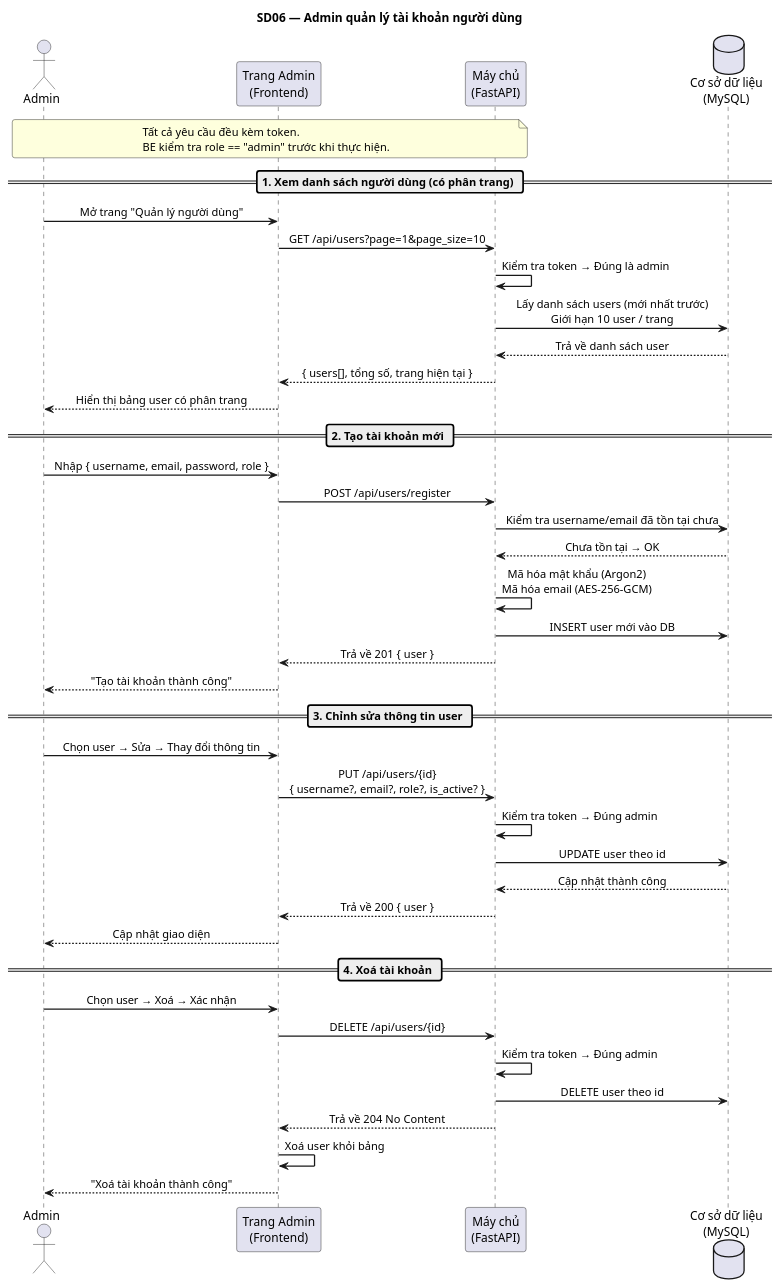
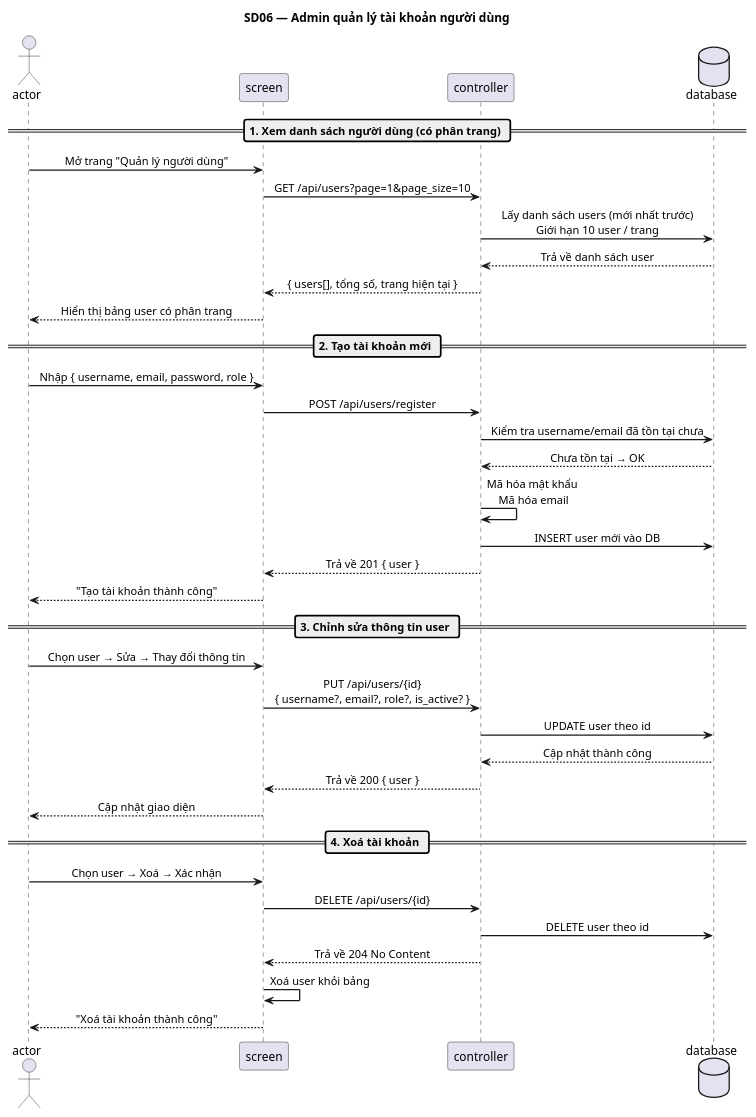
Before and after one commit to giangmichy/Do_an: the sixth of 6 diagrams in 3SOC_Sequence_Diagrams_QA.puml, drawn with PlantUML. The commit also changed other lines of this file and 8 other files, not shown here.

```diff
--- a/3SOC_Sequence_Diagrams_QA.puml
+++ b/3SOC_Sequence_Diagrams_QA.puml
@@ -275,65 +254,57 @@
 @startuml SD06_QuanLyTaiKhoan
 title SD06 — Admin quản lý tài khoản người dùng
 
 skinparam sequenceMessageAlign center
 skinparam ParticipantPadding 20
 skinparam BoxPadding 10
 skinparam sequenceArrowThickness 1.5
 skinparam roundcorner 6
 
-actor       "Admin"      as Admin
-participant "Trang Admin\n(Frontend)" as FE
-participant "Máy chủ\n(FastAPI)"     as BE
-database    "Cơ sở dữ liệu\n(MySQL)"  as DB
-
-note over Admin, BE
-  Tất cả yêu cầu đều kèm token.
-  BE kiểm tra role == "admin" trước khi thực hiện.
-end note
+actor       "actor"      as Admin
+participant "screen" as FE
+participant "controller"     as BE
+database    "database"  as DB
 
 ' --- DANH SÁCH ---
 == 1. Xem danh sách người dùng (có phân trang) ==
 
 Admin -> FE : Mở trang "Quản lý người dùng"
 FE -> BE : GET /api/users?page=1&page_size=10
-BE -> BE : Kiểm tra token → Đúng là admin
 BE -> DB : Lấy danh sách users (mới nhất trước)\nGiới hạn 10 user / trang
 DB --> BE : Trả về danh sách user
 BE --> FE : { users[], tổng số, trang hiện tại }
 FE --> Admin : Hiển thị bảng user có phân trang
 
 ' --- TẠO ---
 == 2. Tạo tài khoản mới ==
 
 Admin -> FE : Nhập { username, email, password, role }
 FE -> BE : POST /api/users/register
 BE -> DB : Kiểm tra username/email đã tồn tại chưa
 DB --> BE : Chưa tồn tại → OK
-BE -> BE : Mã hóa mật khẩu (Argon2)\nMã hóa email (AES-256-GCM)
+BE -> BE : Mã hóa mật khẩu \nMã hóa email
 BE -> DB : INSERT user mới vào DB
 BE --> FE : Trả về 201 { user }
 FE --> Admin : "Tạo tài khoản thành công"
 
 ' --- SỬA ---
 == 3. Chỉnh sửa thông tin user ==
 
 Admin -> FE : Chọn user → Sửa → Thay đổi thông tin
 FE -> BE : PUT /api/users/{id}\n{ username?, email?, role?, is_active? }
-BE -> BE : Kiểm tra token → Đúng admin
 BE -> DB : UPDATE user theo id
 DB --> BE : Cập nhật thành công
 BE --> FE : Trả về 200 { user }
 FE --> Admin : Cập nhật giao diện
 
 ' --- XOÁ ---
 == 4. Xoá tài khoản ==
 
 Admin -> FE : Chọn user → Xoá → Xác nhận
 FE -> BE : DELETE /api/users/{id}
-BE -> BE : Kiểm tra token → Đúng admin
 BE -> DB : DELETE user theo id
 BE --> FE : Trả về 204 No Content
 FE -> FE : Xoá user khỏi bảng
 FE --> Admin : "Xoá tài khoản thành công"
 
 @enduml
```
